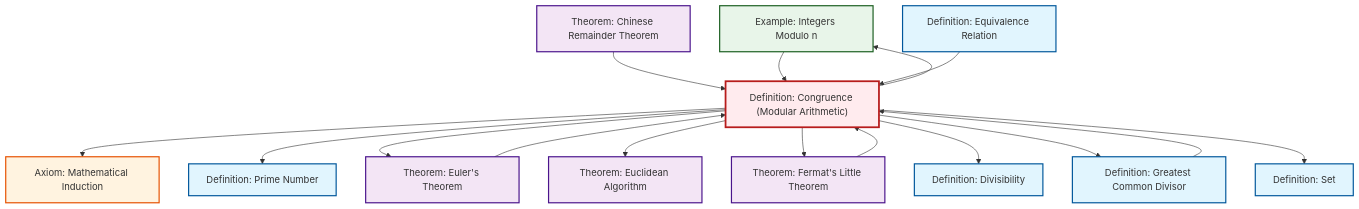
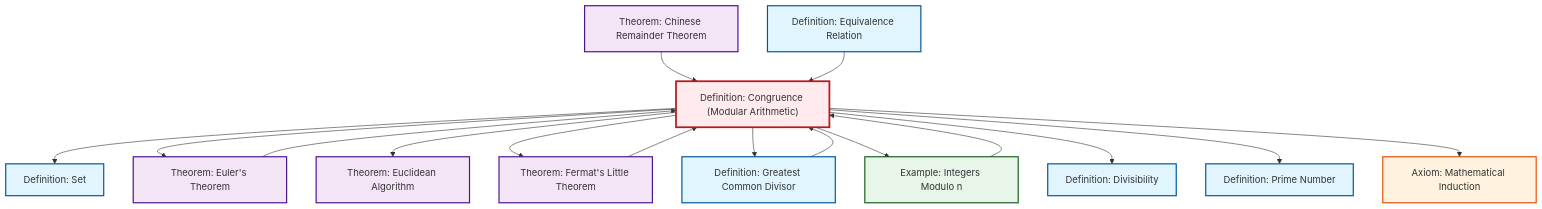
Before and after one commit to RK0429/ModernMath: the diagram in content/ja/number-theory/def-congruence.qmd, drawn with Mermaid. The commit also changed other lines of this file and 619 other files, not shown here.

First line of the commit message:
feat: Add LCM (Least Common Multiple) definition with comprehensive cross-references

````diff
--- a/content/ja/number-theory/def-congruence.qmd
+++ b/content/ja/number-theory/def-congruence.qmd
@@ -125,48 +125,48 @@
 ```{mermaid}
 %%| fig-cap: "Local dependency graph"
 graph TD
     classDef definition fill:#e1f5fe,stroke:#01579b,stroke-width:2px
     classDef theorem fill:#f3e5f5,stroke:#4a148c,stroke-width:2px
     classDef axiom fill:#fff3e0,stroke:#e65100,stroke-width:2px
     classDef example fill:#e8f5e9,stroke:#1b5e20,stroke-width:2px
     classDef current fill:#ffebee,stroke:#b71c1c,stroke-width:3px
+    ax-induction["Axiom: Mathematical Induction"]:::axiom
+    def-congruence["Definition: Congruence (Modular Arithmetic)"]:::definition
+    def-gcd["Definition: Greatest Common Divisor"]:::definition
+    def-divisibility["Definition: Divisibility"]:::definition
+    def-prime["Definition: Prime Number"]:::definition
+    def-set["Definition: Set"]:::definition
+    def-equivalence-relation["Definition: Equivalence Relation"]:::definition
+    thm-euclidean-algorithm["Theorem: Euclidean Algorithm"]:::theorem
     ex-quotient-integers-mod-n["Example: Integers Modulo n"]:::example
     thm-euler["Theorem: Euler's Theorem"]:::theorem
-    def-gcd["Definition: Greatest Common Divisor"]:::definition
-    def-equivalence-relation["Definition: Equivalence Relation"]:::definition
-    def-congruence["Definition: Congruence (Modular Arithmetic)"]:::definition
+    thm-chinese-remainder["Theorem: Chinese Remainder Theorem"]:::theorem
     thm-fermat-little["Theorem: Fermat's Little Theorem"]:::theorem
-    def-set["Definition: Set"]:::definition
-    thm-chinese-remainder["Theorem: Chinese Remainder Theorem"]:::theorem
-    thm-euclidean-algorithm["Theorem: Euclidean Algorithm"]:::theorem
-    def-prime["Definition: Prime Number"]:::definition
-    ax-induction["Axiom: Mathematical Induction"]:::axiom
-    def-divisibility["Definition: Divisibility"]:::definition
+    def-congruence --> def-set
+    def-congruence --> thm-euler
+    def-congruence --> thm-euclidean-algorithm
+    thm-chinese-remainder --> def-congruence
+    def-congruence --> thm-fermat-little
+    def-congruence --> def-gcd
+    def-gcd --> def-congruence
+    thm-euler --> def-congruence
+    def-congruence --> ex-quotient-integers-mod-n
+    thm-fermat-little --> def-congruence
+    def-congruence --> def-divisibility
+    def-congruence --> def-prime
+    ex-quotient-integers-mod-n --> def-congruence
+    def-equivalence-relation --> def-congruence
     def-congruence --> ax-induction
-    def-gcd --> def-congruence
-    def-congruence --> def-prime
-    thm-fermat-little --> def-congruence
-    def-congruence --> thm-euler
-    thm-chinese-remainder --> def-congruence
-    def-congruence --> ex-quotient-integers-mod-n
-    ex-quotient-integers-mod-n --> def-congruence
-    def-congruence --> thm-euclidean-algorithm
-    thm-euler --> def-congruence
-    def-congruence --> thm-fermat-little
-    def-congruence --> def-divisibility
-    def-equivalence-relation --> def-congruence
-    def-congruence --> def-gcd
-    def-congruence --> def-set
     class def-congruence current
+    click ax-induction "ax-induction.html" "Axiom: Mathematical Inductionへ"
+    click def-gcd "def-gcd.html" "Definition: Greatest Common Divisorへ"
+    click def-divisibility "def-divisibility.html" "Definition: Divisibilityへ"
+    click def-prime "def-prime.html" "Definition: Prime Numberへ"
+    click def-set "def-set.html" "Definition: Setへ"
+    click def-equivalence-relation "def-equivalence-relation.html" "Definition: Equivalence Relationへ"
+    click thm-euclidean-algorithm "thm-euclidean-algorithm.html" "Theorem: Euclidean Algorithmへ"
     click ex-quotient-integers-mod-n "ex-quotient-integers-mod-n.html" "Example: Integers Modulo nへ"
     click thm-euler "thm-euler.html" "Theorem: Euler's Theoremへ"
-    click def-gcd "def-gcd.html" "Definition: Greatest Common Divisorへ"
-    click def-equivalence-relation "def-equivalence-relation.html" "Definition: Equivalence Relationへ"
+    click thm-chinese-remainder "thm-chinese-remainder.html" "Theorem: Chinese Remainder Theoremへ"
     click thm-fermat-little "thm-fermat-little.html" "Theorem: Fermat's Little Theoremへ"
-    click def-set "def-set.html" "Definition: Setへ"
-    click thm-chinese-remainder "thm-chinese-remainder.html" "Theorem: Chinese Remainder Theoremへ"
-    click thm-euclidean-algorithm "thm-euclidean-algorithm.html" "Theorem: Euclidean Algorithmへ"
-    click def-prime "def-prime.html" "Definition: Prime Numberへ"
-    click ax-induction "ax-induction.html" "Axiom: Mathematical Inductionへ"
-    click def-divisibility "def-divisibility.html" "Definition: Divisibilityへ"
 ```
````
